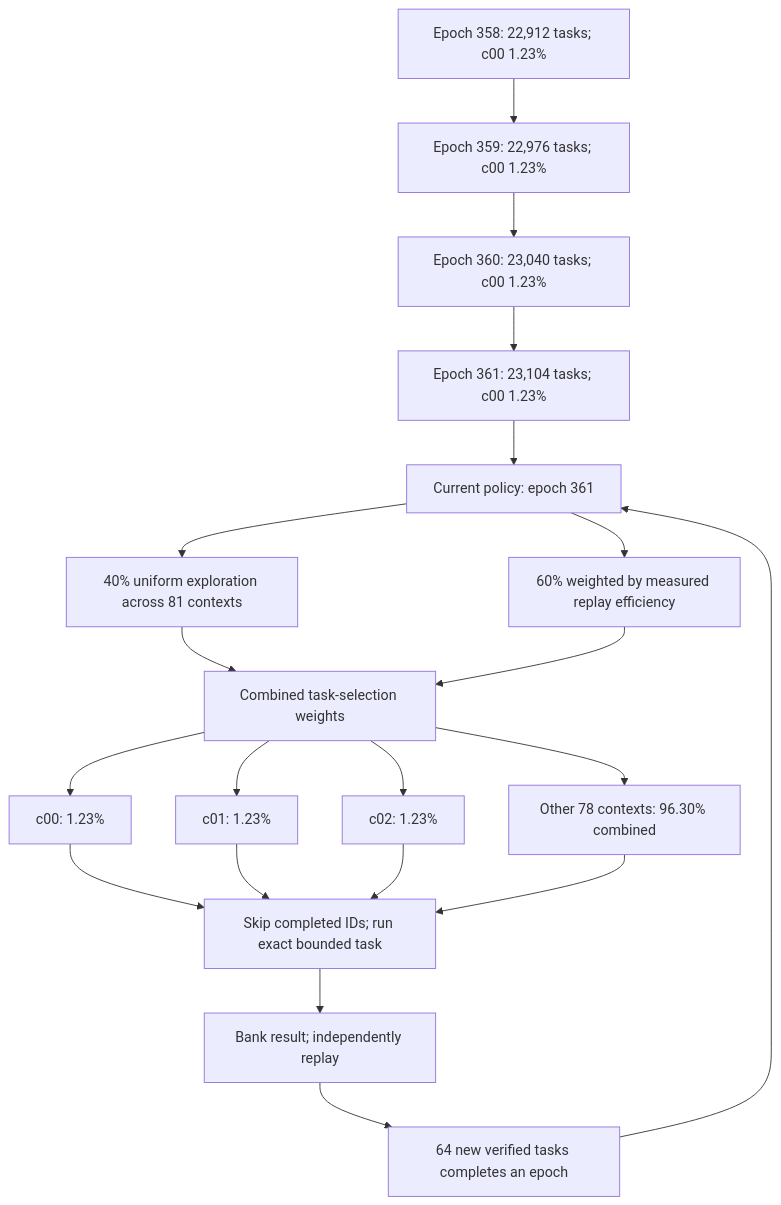
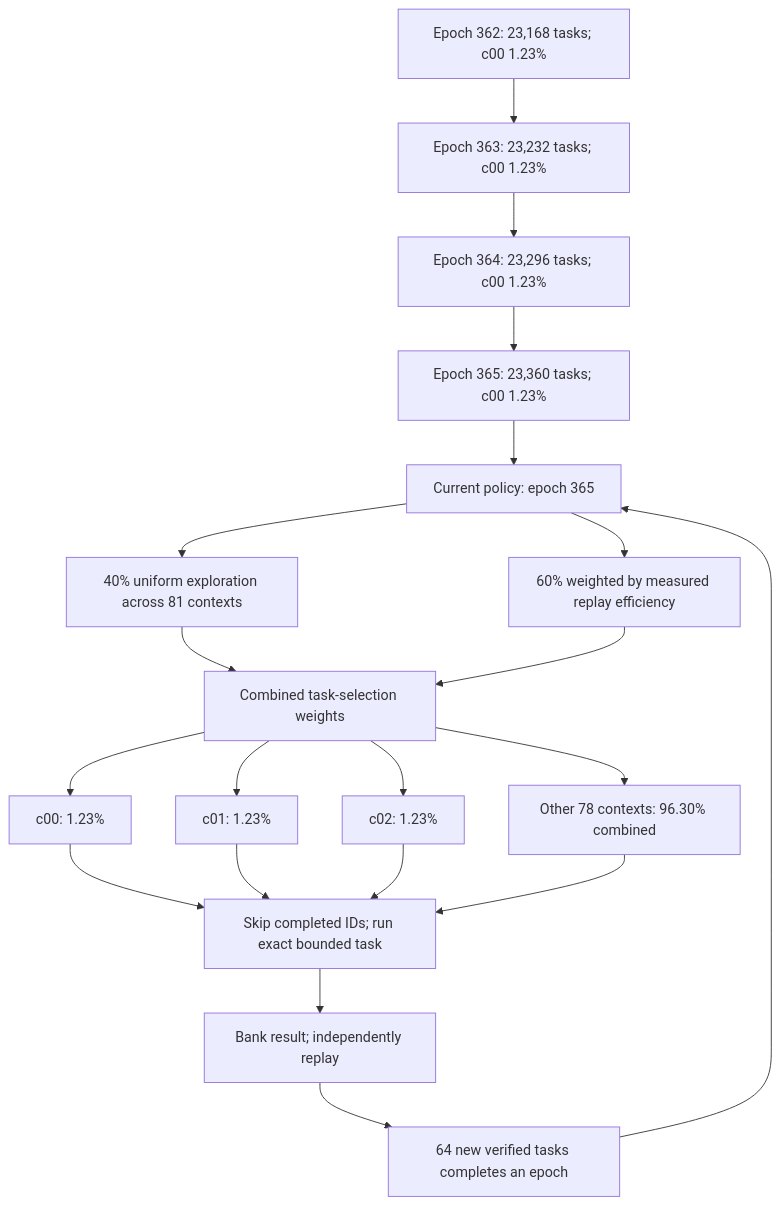
Before and after one commit to Kuberwastaken/math-gambling: the first of 2 diagrams in README.md, drawn with Mermaid. The commit also changed other lines of this file and 598 other files, not shown here.

````diff
--- a/README.md
+++ b/README.md
@@ -49,27 +49,27 @@
 ```mermaid
 flowchart TD
-    H0["Epoch 358: 22,912 tasks; c00 1.23%"]
-    H1["Epoch 359: 22,976 tasks; c00 1.23%"]
+    H0["Epoch 362: 23,168 tasks; c00 1.23%"]
+    H1["Epoch 363: 23,232 tasks; c00 1.23%"]
     H0 --> H1
-    H2["Epoch 360: 23,040 tasks; c00 1.23%"]
+    H2["Epoch 364: 23,296 tasks; c00 1.23%"]
     H1 --> H2
-    H3["Epoch 361: 23,104 tasks; c00 1.23%"]
+    H3["Epoch 365: 23,360 tasks; c00 1.23%"]
     H2 --> H3
-    Policy["Current policy: epoch 361"]
+    Policy["Current policy: epoch 365"]
     H3 --> Policy
     Policy --> Explore["40% uniform exploration across 81 contexts"]
     Policy --> Cost["60% weighted by measured replay efficiency"]
     Explore --> Mix["Combined task-selection weights"]
     Cost --> Mix
     Mix --> C0["c00: 1.23%"]
     Mix --> C1["c01: 1.23%"]
     Mix --> C2["c02: 1.23%"]
     Mix --> Rest["Other 78 contexts: 96.30% combined"]
     C0 --> Check["Skip completed IDs; run exact bounded task"]
     C1 --> Check
     C2 --> Check
     Rest --> Check
     Check --> Replay["Bank result; independently replay"]
     Replay --> Gate["64 new verified tasks completes an epoch"]
     Gate --> Policy
 ```
````
